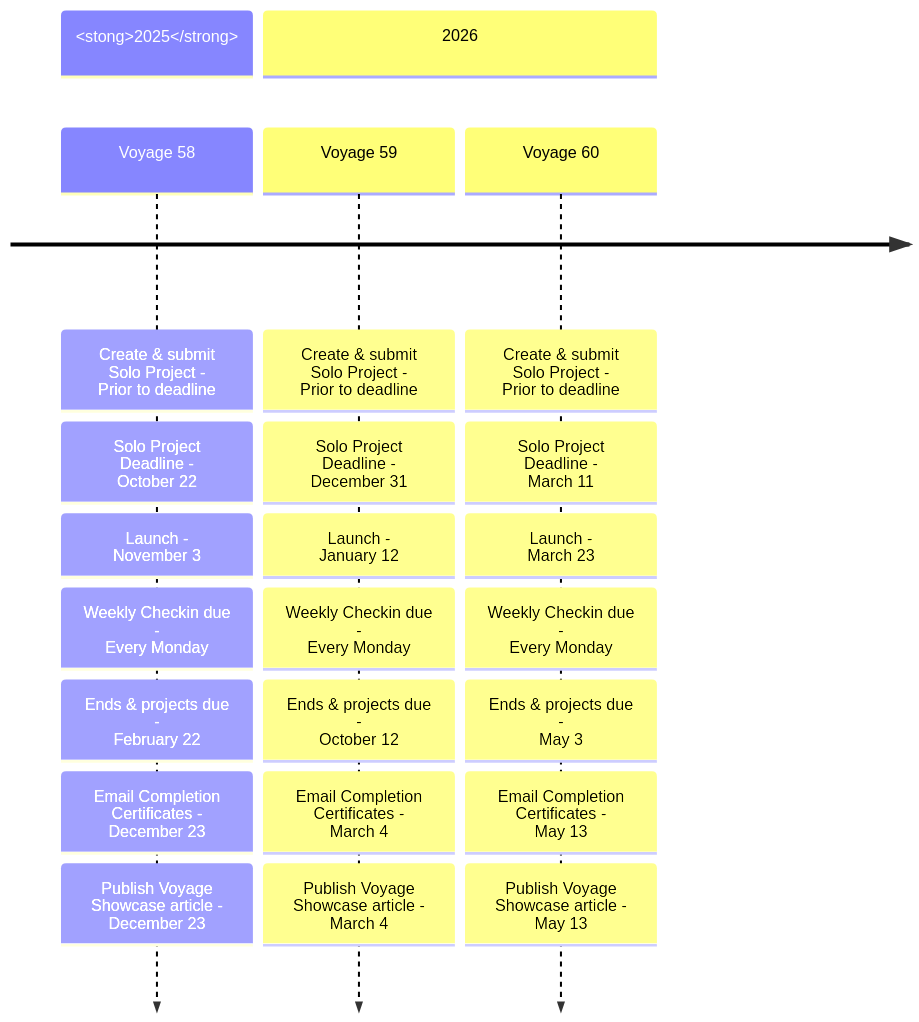
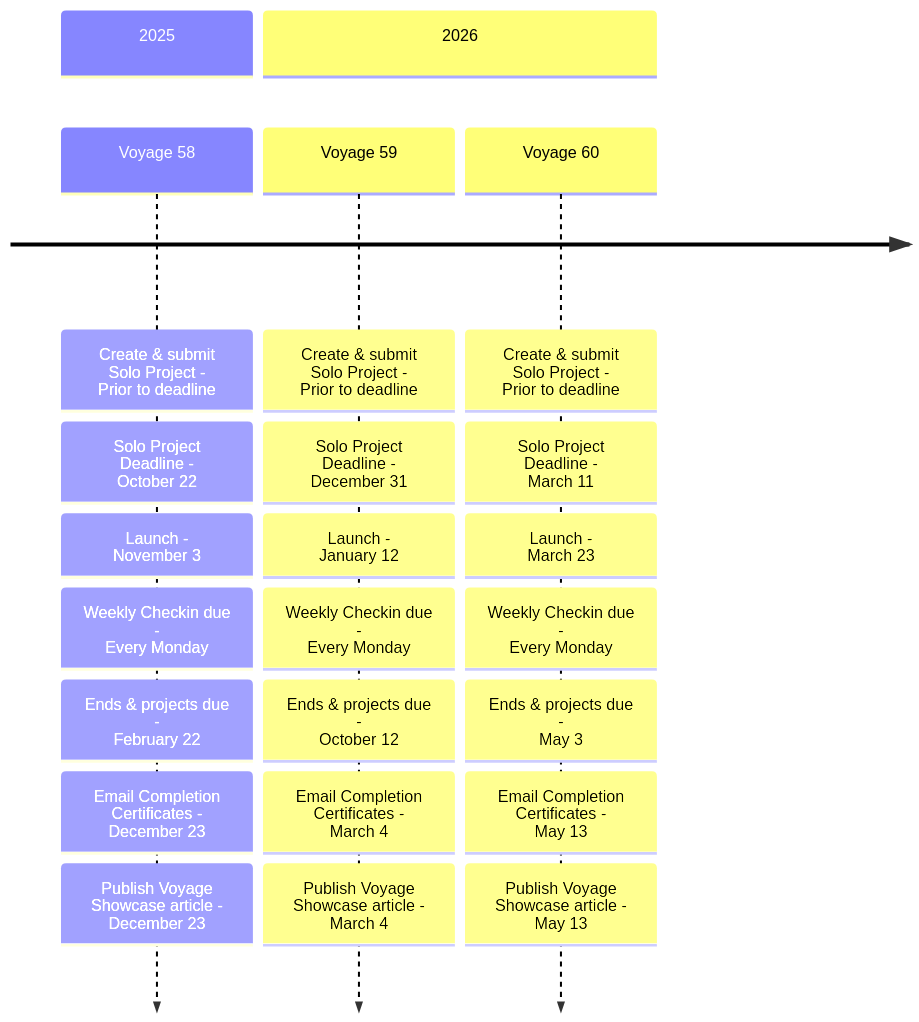
The first of 3 diagrams in docs/guides/voyage/voyage.md (chingu-voyages/Handbook), drawn with Mermaid before and after one commit.

Commit message:
Fix: Remove strong tag

````diff
--- a/docs/guides/voyage/voyage.md
+++ b/docs/guides/voyage/voyage.md
@@ -31,26 +31,26 @@
 ```mermaid
   timeline
-    section <stong>2025</strong>
+    section 2025
       Voyage 58: Create & submit Solo Project - <br>Prior to deadline
                : Solo Project Deadline - <br>October 22
                : Launch - <br>November 3
                : Weekly Checkin due - <br>Every Monday
                : Ends & projects due - <br>February 22
                : Email Completion Certificates - <br>December 23
                : Publish Voyage Showcase article - <br>December 23
     section 2026
       Voyage 59: Create & submit Solo Project - <br>Prior to deadline
                : Solo Project Deadline - <br>December 31
                : Launch - <br>January 12
                : Weekly Checkin due - <br>Every Monday
                : Ends & projects due - <br>October 12
                : Email Completion Certificates - <br>March 4
                : Publish Voyage Showcase article - <br>March 4
       Voyage 60: Create & submit Solo Project - <br>Prior to deadline
                : Solo Project Deadline - <br>March 11
                : Launch - <br>March 23 
                : Weekly Checkin due - <br>Every Monday
                : Ends & projects due - <br>May 3
                : Email Completion Certificates - <br>May 13
                : Publish Voyage Showcase article - <br>May 13
 ```
````
